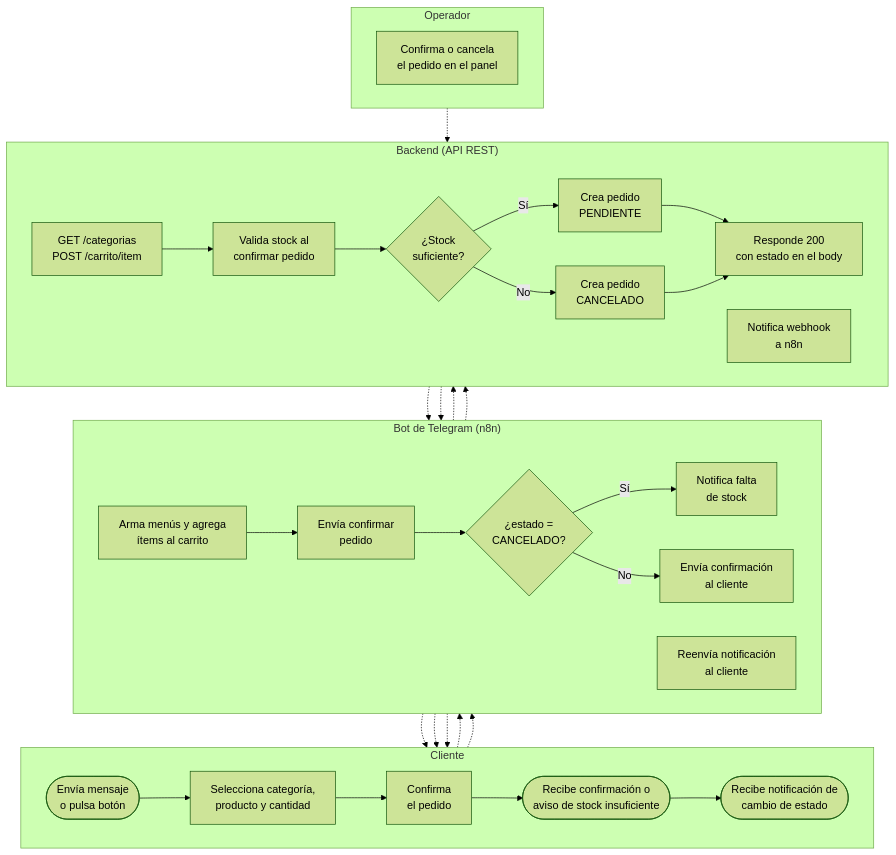
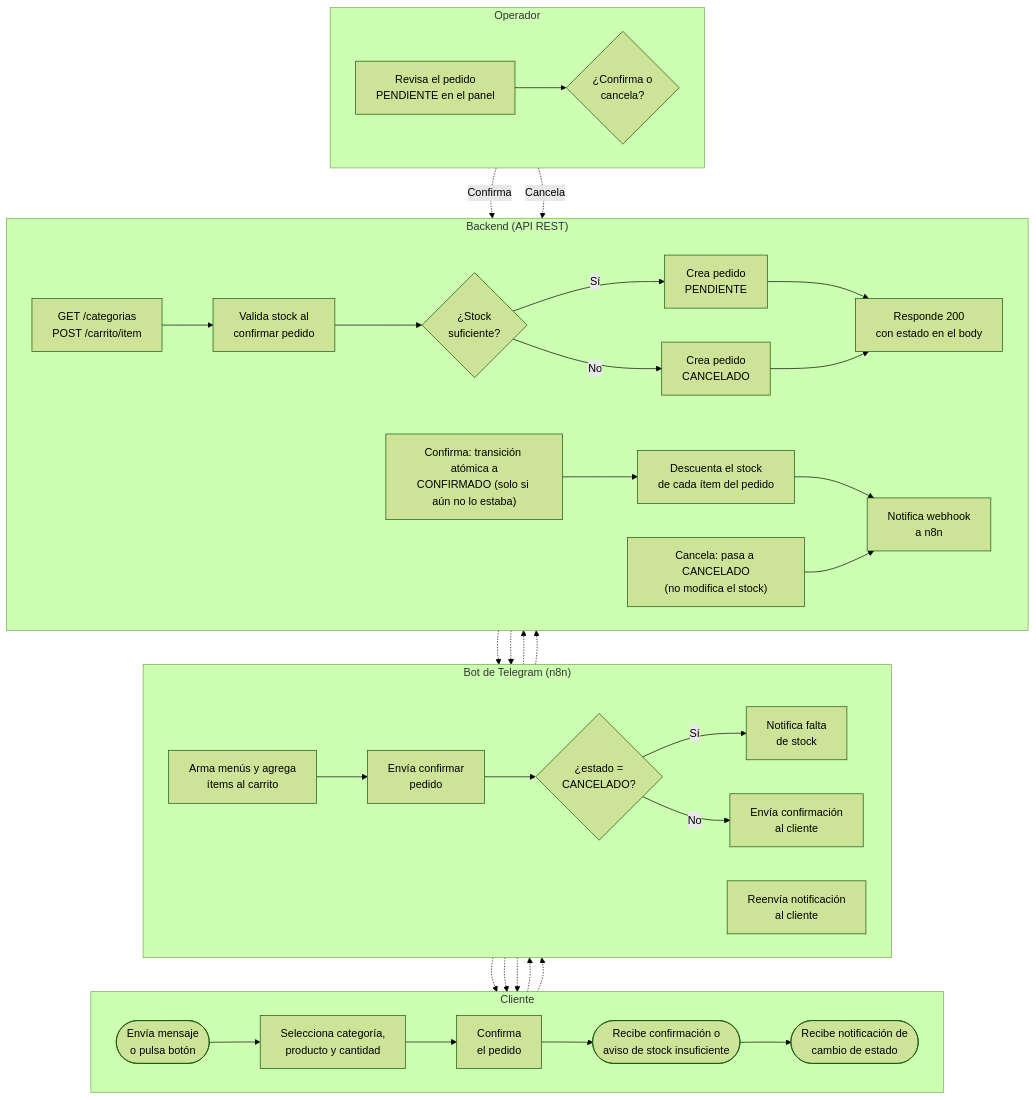
Before and after one commit to marianovidela1988-svg/integrador_final: the diagram in docs/diagramas/diagrama_bpmn_pedido.mmd, drawn with Mermaid (forest theme). The commit also changed 7 other files, not shown here.

First line of the commit message:
Etapa 1 de la devolución sobre v13: regenera diagramas y crea Informe_Tesis_v14

```diff
--- a/docs/diagramas/diagrama_bpmn_pedido.mmd
+++ b/docs/diagramas/diagrama_bpmn_pedido.mmd
@@ -1,39 +1,44 @@
 flowchart TB
     subgraph Cliente
         direction LR
         C0(["Envía mensaje\no pulsa botón"]) --> C1["Selecciona categoría,\nproducto y cantidad"] --> C2["Confirma\nel pedido"] --> C3(["Recibe confirmación o\naviso de stock insuficiente"]) --> C4(["Recibe notificación de\ncambio de estado"])
     end
 
     subgraph N8N["Bot de Telegram (n8n)"]
         direction LR
         N1["Arma menús y agrega\nítems al carrito"] --> N2["Envía confirmar\npedido"] --> N3{"¿estado =\nCANCELADO?"}
         N3 -- "Sí" --> N4["Notifica falta\nde stock"]
         N3 -- "No" --> N5["Envía confirmación\nal cliente"]
         N6["Reenvía notificación\nal cliente"]
     end
 
     subgraph API["Backend (API REST)"]
         direction LR
         B1["GET /categorias\nPOST /carrito/item"] --> B2["Valida stock al\nconfirmar pedido"] --> B3{"¿Stock\nsuficiente?"}
         B3 -- "Sí" --> B4["Crea pedido\nPENDIENTE"]
         B3 -- "No" --> B5["Crea pedido\nCANCELADO"]
         B4 --> B6["Responde 200\ncon estado en el body"]
         B5 --> B6
+        B8["Confirma: transición atómica a\nCONFIRMADO (solo si aún no lo estaba)"] --> B9["Descuenta el stock\nde cada ítem del pedido"]
+        B10["Cancela: pasa a CANCELADO\n(no modifica el stock)"]
+        B9 --> B7
+        B10 --> B7
         B7["Notifica webhook\na n8n"]
     end
 
     subgraph Operador
         direction LR
-        O1["Confirma o cancela\nel pedido en el panel"]
+        O1["Revisa el pedido\nPENDIENTE en el panel"] --> O2{"¿Confirma o\ncancela?"}
     end
 
     C1 -.-> N1
     C2 -.-> N2
     N1 -.-> B1
     N2 -.-> B2
     B6 -.-> N3
     N4 -.-> C3
     N5 -.-> C3
-    O1 -.-> B7
+    O2 -. "Confirma" .-> B8
+    O2 -. "Cancela" .-> B10
     B7 -.-> N6
     N6 -.-> C4
```
